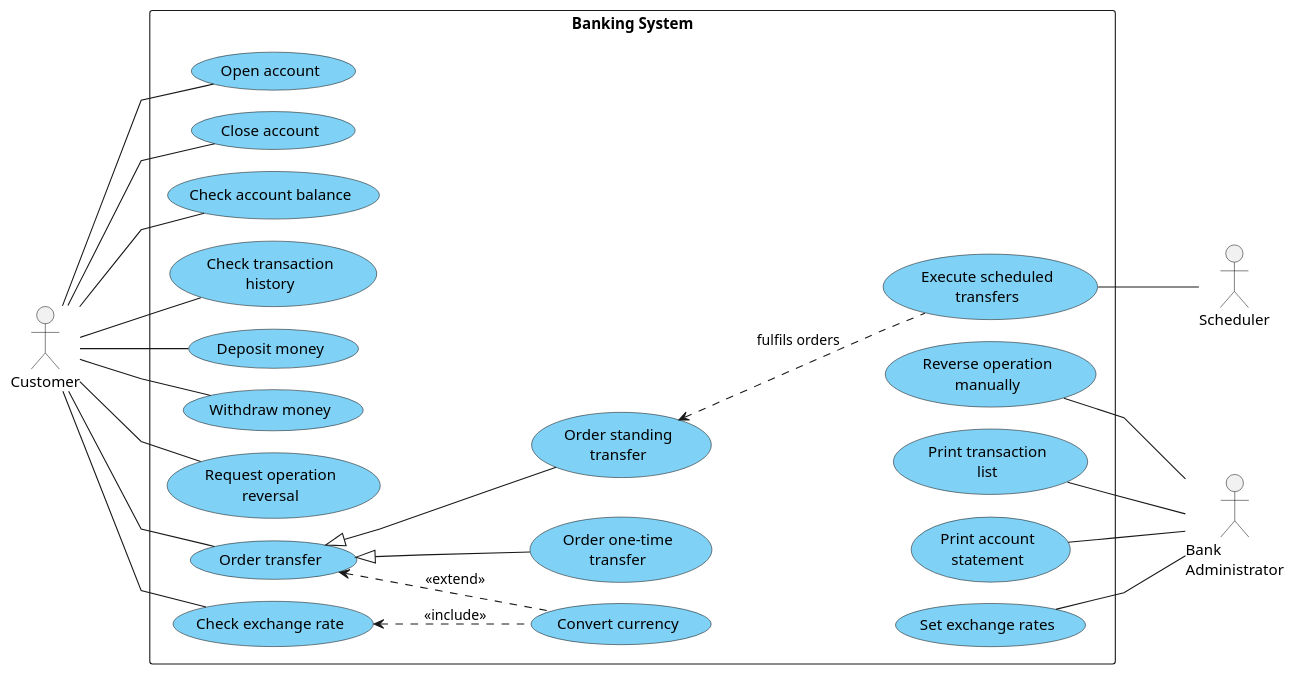
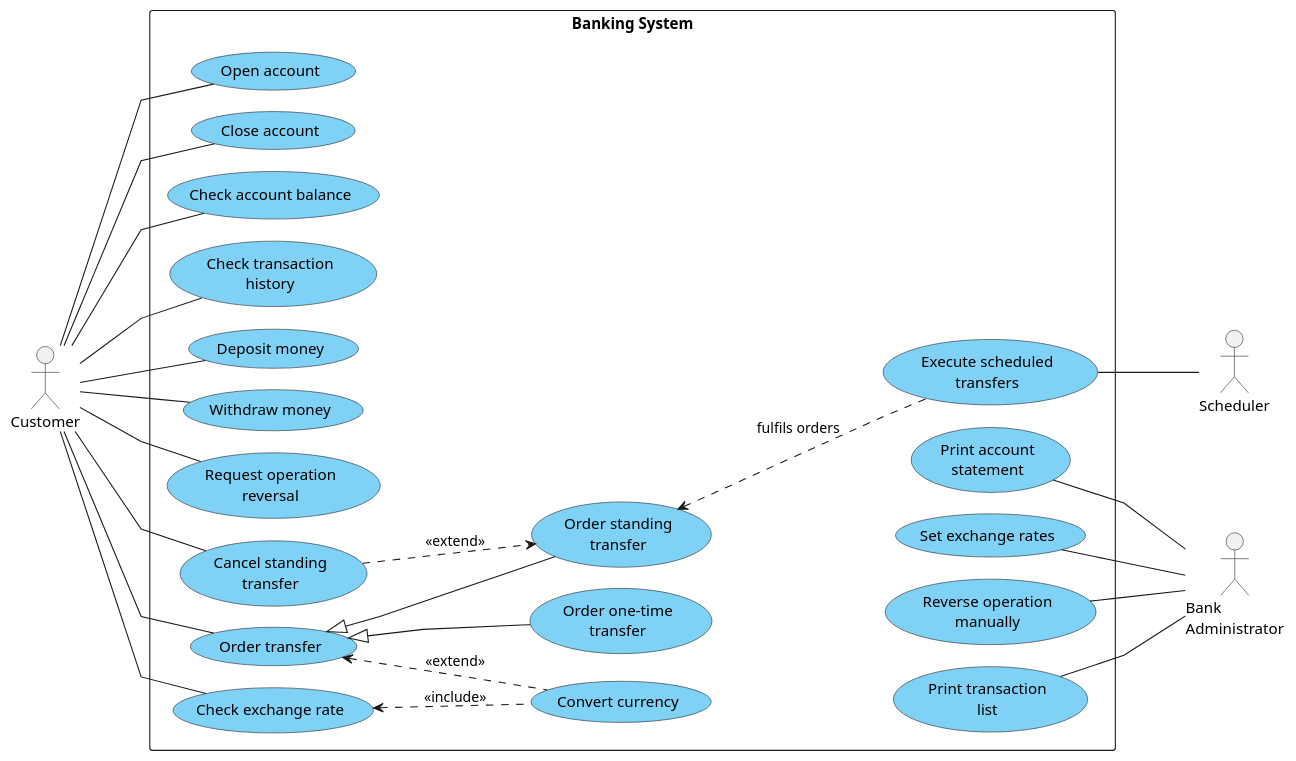
One commit to K0D1Z/software-engineering-project changed the diagram in docs/uml/use_case.puml. Above: the diagram before and after it, drawn with PlantUML. The commit also changed 2 other files, not shown here.

Commit message:
Add standing transfers cancellation in use_case diagram

```diff
--- a/docs/uml/use_case.puml
+++ b/docs/uml/use_case.puml
@@ -1,65 +1,68 @@
 @startuml
 left to right direction
 skinparam linetype polyline
 skinparam nodesep 20
 skinparam ranksep 80
 skinparam usecase {
   BackgroundColor #7FD1F5
 }
 
 actor Customer
 actor "Bank\nAdministrator" as Admin
 actor Scheduler
 
 rectangle "Banking System" {
   usecase "Open account" as UC_OpenAccount
   usecase "Close account" as UC_CloseAccount
   usecase "Check account balance" as UC_AccountBalance
   usecase "Check transaction\nhistory" as UC_History
   usecase "Deposit money" as UC_Deposit
   usecase "Withdraw money" as UC_Withdraw
   usecase "Request operation\nreversal" as UC_RequestReversal
 
   usecase "Order transfer" as UC_Transfer
   usecase "Order one-time\ntransfer" as UC_OneTimeTransfer
   usecase "Order standing\ntransfer" as UC_StandingTransfer
+  usecase "Cancel standing\ntransfer" as UC_CancelStandingTransfer
   usecase "Convert currency" as UC_ConversionTransfer
   usecase "Execute scheduled\ntransfers" as UC_ScheduledTransfers
   usecase "Check exchange rate" as UC_GetExchangeRate
 
   usecase "Reverse operation\nmanually" as UC_ReverseOperation
   usecase "Print transaction\nlist" as UC_PrintHistory
   usecase "Print account\nstatement" as UC_PrintStatement
   usecase "Set exchange rates" as UC_SetRates
 }
 
 Customer -- UC_OpenAccount
 Customer -- UC_CloseAccount
 Customer -- UC_AccountBalance
 Customer -- UC_History
 Customer -- UC_Deposit
 Customer -- UC_Withdraw
 Customer -- UC_RequestReversal
 Customer -- UC_Transfer
+Customer -- UC_CancelStandingTransfer
 Customer -- UC_GetExchangeRate
 
 UC_Transfer <|-- UC_OneTimeTransfer
 UC_Transfer <|-- UC_StandingTransfer
 UC_Transfer <.. UC_ConversionTransfer : <<extend>>
 
 UC_StandingTransfer <.. UC_ScheduledTransfers : fulfils orders
 UC_GetExchangeRate <.. UC_ConversionTransfer : <<include>>
+UC_CancelStandingTransfer ..> UC_StandingTransfer : <<extend>>
 
 UC_ScheduledTransfers -- Scheduler
 
 UC_ReverseOperation -- Admin
 UC_PrintHistory -- Admin
 UC_PrintStatement -- Admin
 UC_SetRates -- Admin
 
 UC_OneTimeTransfer -[hidden]- UC_ReverseOperation
 UC_OneTimeTransfer -[hidden]- UC_PrintHistory
 UC_OneTimeTransfer -[hidden]- UC_PrintStatement
 UC_OneTimeTransfer -[hidden]- UC_SetRates
 
 @enduml
```
